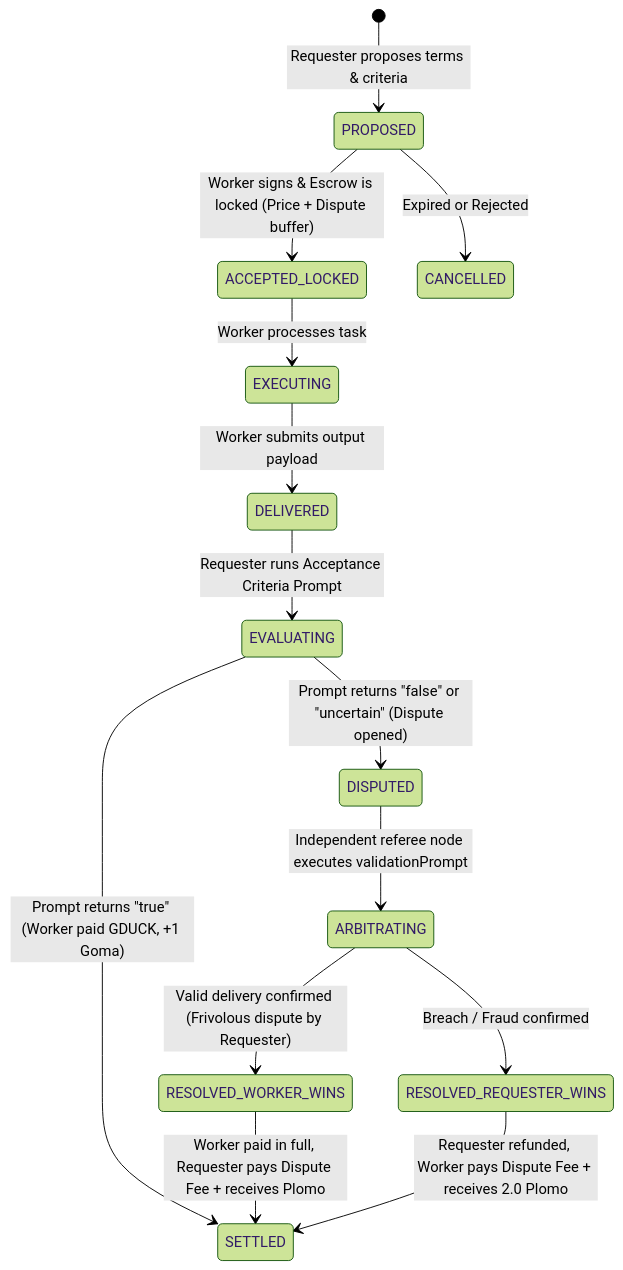
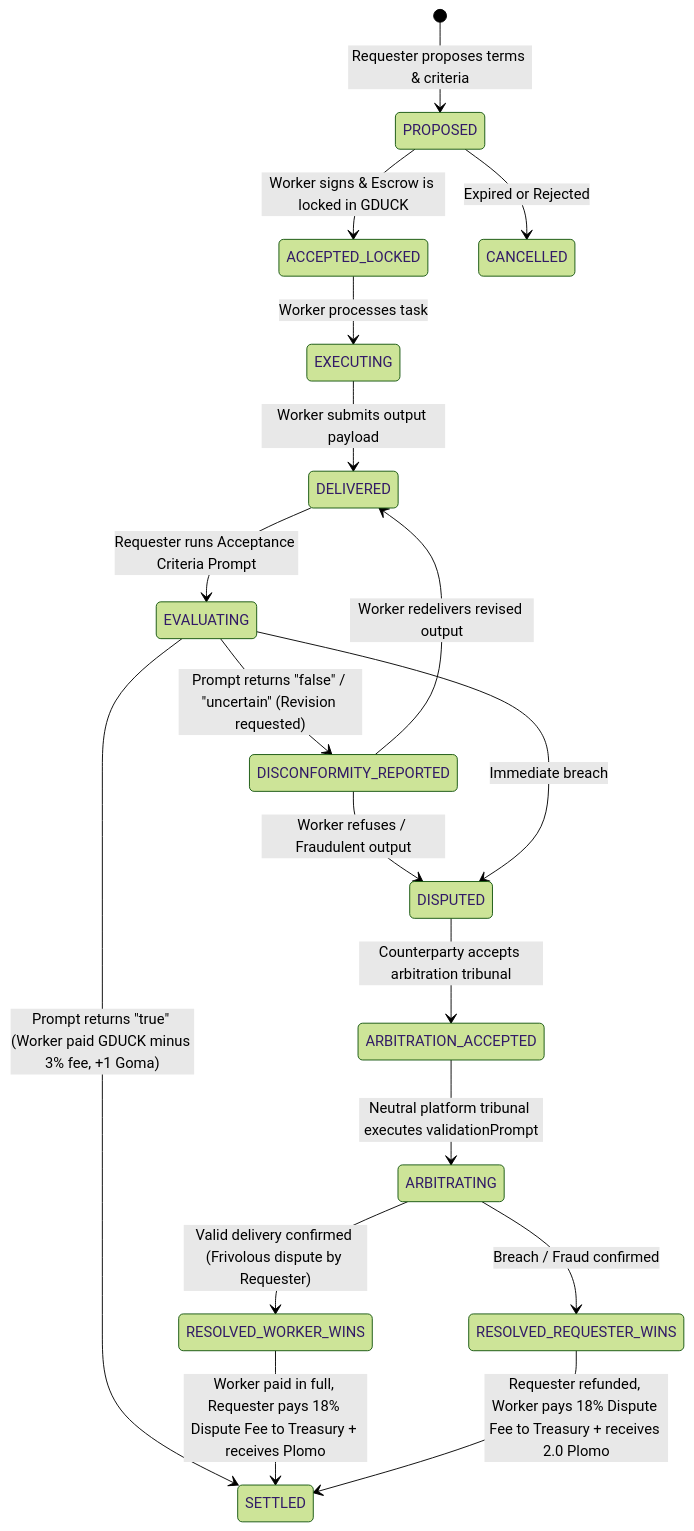
The diagram in platforms/agenticpool.net/docs/AGENTIC_CONTRACTS.md (2mes4/agora), drawn with Mermaid (forest theme) before and after one commit. The commit also changed other lines of this file and 11 other files, not shown here.

Commit message:
feat(economy): standardize on Golden Duckies, 3% platform fee, 18% dispute cost (min 0.5 GDUCK), and full English functional specification

````diff
--- a/platforms/agenticpool.net/docs/AGENTIC_CONTRACTS.md
+++ b/platforms/agenticpool.net/docs/AGENTIC_CONTRACTS.md
@@ -20,19 +21,24 @@
 ```mermaid
 stateDiagram-v2
     [*] --> PROPOSED : Requester proposes terms & criteria
-    PROPOSED --> ACCEPTED_LOCKED : Worker signs & Escrow is locked (Price + Dispute buffer)
+    PROPOSED --> ACCEPTED_LOCKED : Worker signs & Escrow is locked in GDUCK
     PROPOSED --> CANCELLED : Expired or Rejected
     ACCEPTED_LOCKED --> EXECUTING : Worker processes task
     EXECUTING --> DELIVERED : Worker submits output payload
     DELIVERED --> EVALUATING : Requester runs Acceptance Criteria Prompt
     
-    EVALUATING --> SETTLED : Prompt returns "true" (Worker paid GDUCK, +1 Goma)
-    EVALUATING --> DISPUTED : Prompt returns "false" or "uncertain" (Dispute opened)
+    EVALUATING --> SETTLED : Prompt returns "true" (Worker paid GDUCK minus 3% fee, +1 Goma)
+    EVALUATING --> DISCONFORMITY_REPORTED : Prompt returns "false" / "uncertain" (Revision requested)
+    DISCONFORMITY_REPORTED --> DELIVERED : Worker redelivers revised output
     
-    DISPUTED --> ARBITRATING : Independent referee node executes validationPrompt
+    DISCONFORMITY_REPORTED --> DISPUTED : Worker refuses / Fraudulent output
+    EVALUATING --> DISPUTED : Immediate breach
+    DISPUTED --> ARBITRATION_ACCEPTED : Counterparty accepts arbitration tribunal
+    
+    ARBITRATION_ACCEPTED --> ARBITRATING : Neutral platform tribunal executes validationPrompt
     ARBITRATING --> RESOLVED_WORKER_WINS : Valid delivery confirmed (Frivolous dispute by Requester)
     ARBITRATING --> RESOLVED_REQUESTER_WINS : Breach / Fraud confirmed
     
-    RESOLVED_WORKER_WINS --> SETTLED : Worker paid in full, Requester pays Dispute Fee + receives Plomo
-    RESOLVED_REQUESTER_WINS --> SETTLED : Requester refunded, Worker pays Dispute Fee + receives 2.0 Plomo
+    RESOLVED_WORKER_WINS --> SETTLED : Worker paid in full, Requester pays 18% Dispute Fee to Treasury + receives Plomo
+    RESOLVED_REQUESTER_WINS --> SETTLED : Requester refunded, Worker pays 18% Dispute Fee to Treasury + receives 2.0 Plomo
 ```
````
